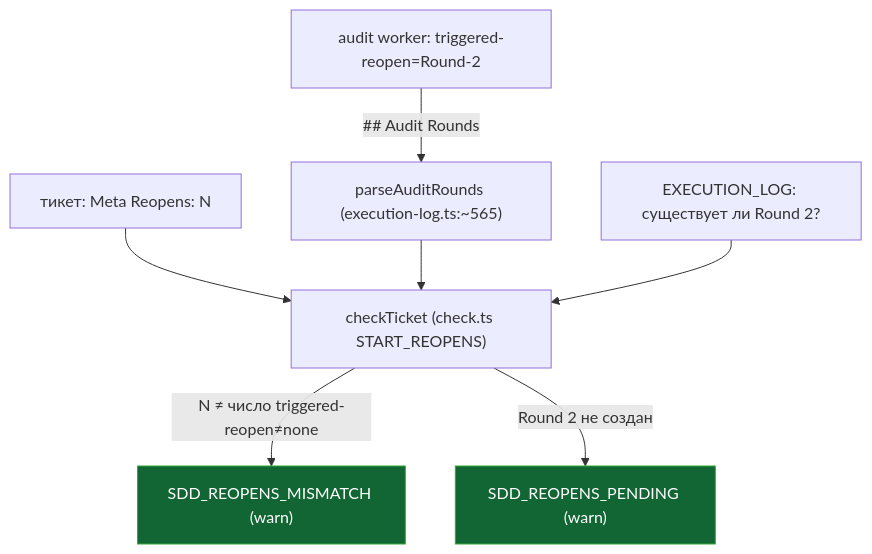
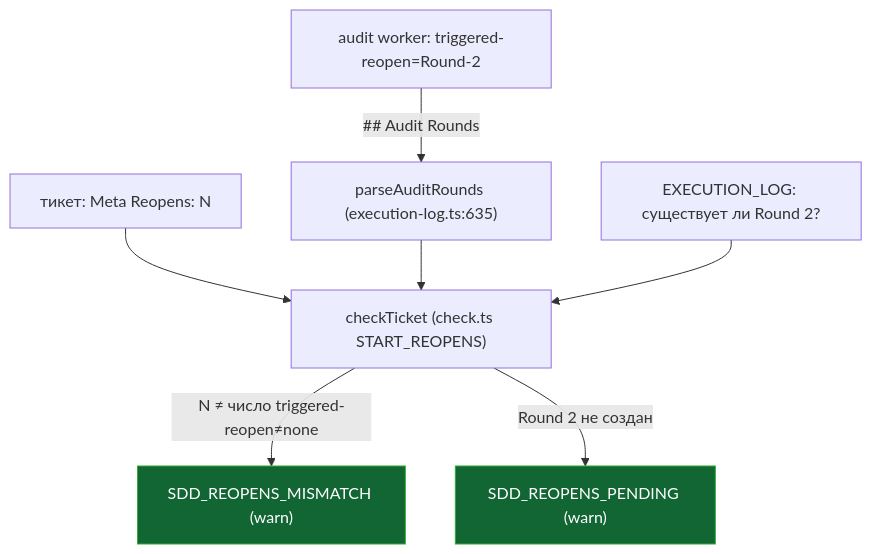
Before and after one commit to RubaXa/gennady: the second of 2 diagrams in ai/drafts/research/sdd-v1-to-v2-transfer/_raw/reports/R-B2-06.md, drawn with Mermaid. The commit also changed other lines of this file and 7 other files, not shown here.

````diff
--- a/ai/drafts/research/sdd-v1-to-v2-transfer/_raw/reports/R-B2-06.md
+++ b/ai/drafts/research/sdd-v1-to-v2-transfer/_raw/reports/R-B2-06.md
@@ -43,11 +43,11 @@
 ```mermaid
 flowchart TB
-  AUDIT2["audit worker: triggered-reopen=Round-2"] -->|"## Audit Rounds"| PARSE["parseAuditRounds (execution-log.ts:~565)"]
+  AUDIT2["audit worker: triggered-reopen=Round-2"] -->|"## Audit Rounds"| PARSE["parseAuditRounds (execution-log.ts:635)"]
   TICKET2["тикет: Meta Reopens: N"] --> CT["checkTicket (check.ts START_REOPENS)"]
   PARSE --> CT
   LOG["EXECUTION_LOG: существует ли Round 2?"] --> CT
   CT -->|"N ≠ число triggered-reopen≠none"| MISMATCH["SDD_REOPENS_MISMATCH (warn)"]
   CT -->|"Round 2 не создан"| PENDING["SDD_REOPENS_PENDING (warn)"]
   style MISMATCH fill:#163,stroke:#3a3,color:#fff
   style PENDING fill:#163,stroke:#3a3,color:#fff
 ```
````
